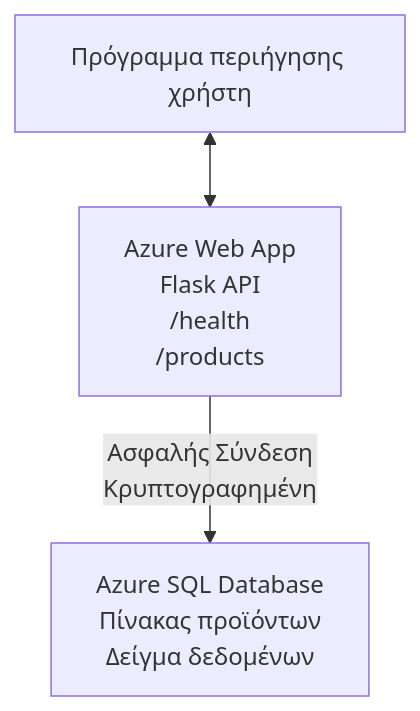
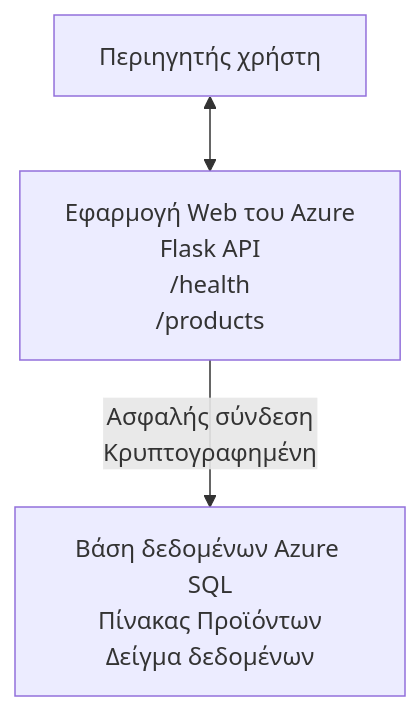
The diagram in translations/el/examples/database-app/README.md (microsoft/AZD-for-beginners), drawn with Mermaid before and after one commit. The commit also changed other lines of this file and 101 other files, not shown here.

````diff
--- a/translations/el/examples/database-app/README.md
+++ b/translations/el/examples/database-app/README.md
@@ -72,5 +72,5 @@
 ```mermaid
 graph TD
-    Browser[Πρόγραμμα περιήγησης χρήστη] <--> WebApp[Azure Web App<br/>Flask API<br/>/health<br/>/products]
-    WebApp -- Ασφαλής Σύνδεση<br/>Κρυπτογραφημένη --> SQL[Azure SQL Database<br/>Πίνακας προϊόντων<br/>Δείγμα δεδομένων]
+    Browser[Περιηγητής χρήστη] <--> WebApp[Εφαρμογή Web του Azure<br/>Flask API<br/>/health<br/>/products]
+    WebApp -- Ασφαλής σύνδεση<br/>Κρυπτογραφημένη --> SQL[Βάση δεδομένων Azure SQL<br/>Πίνακας Προϊόντων<br/>Δείγμα δεδομένων]
 ```
````
